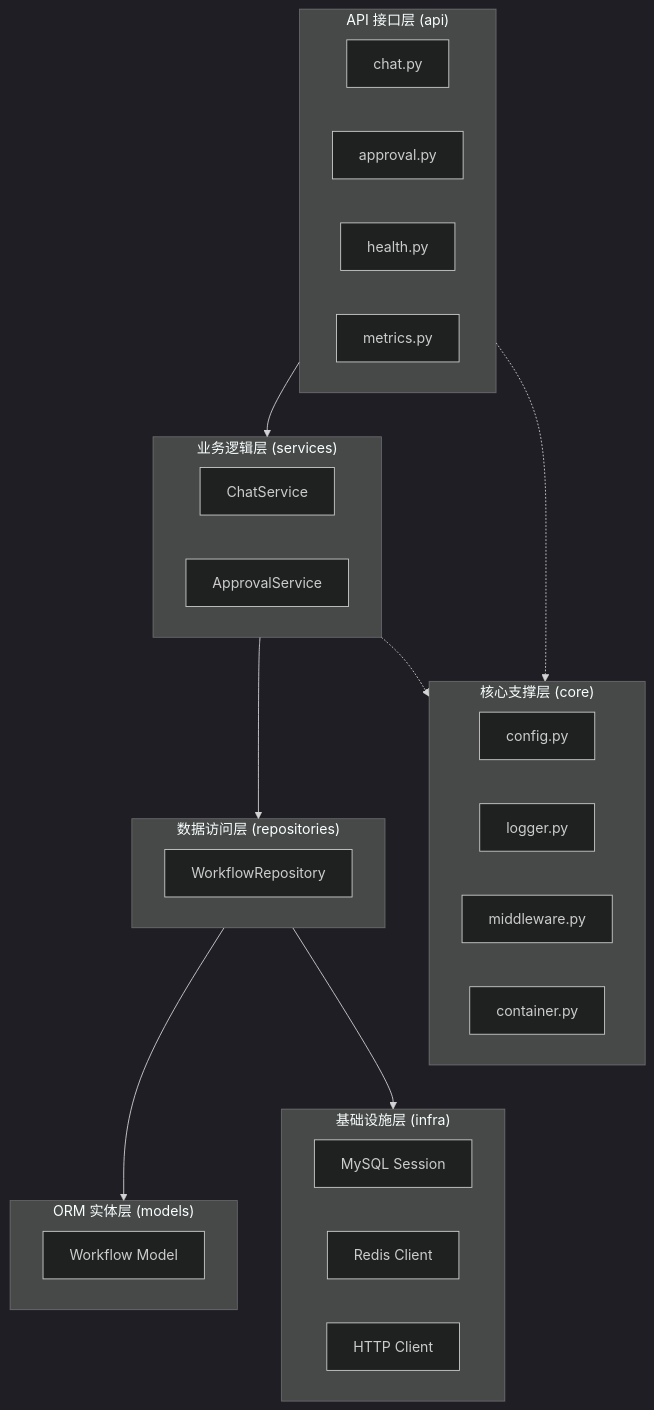
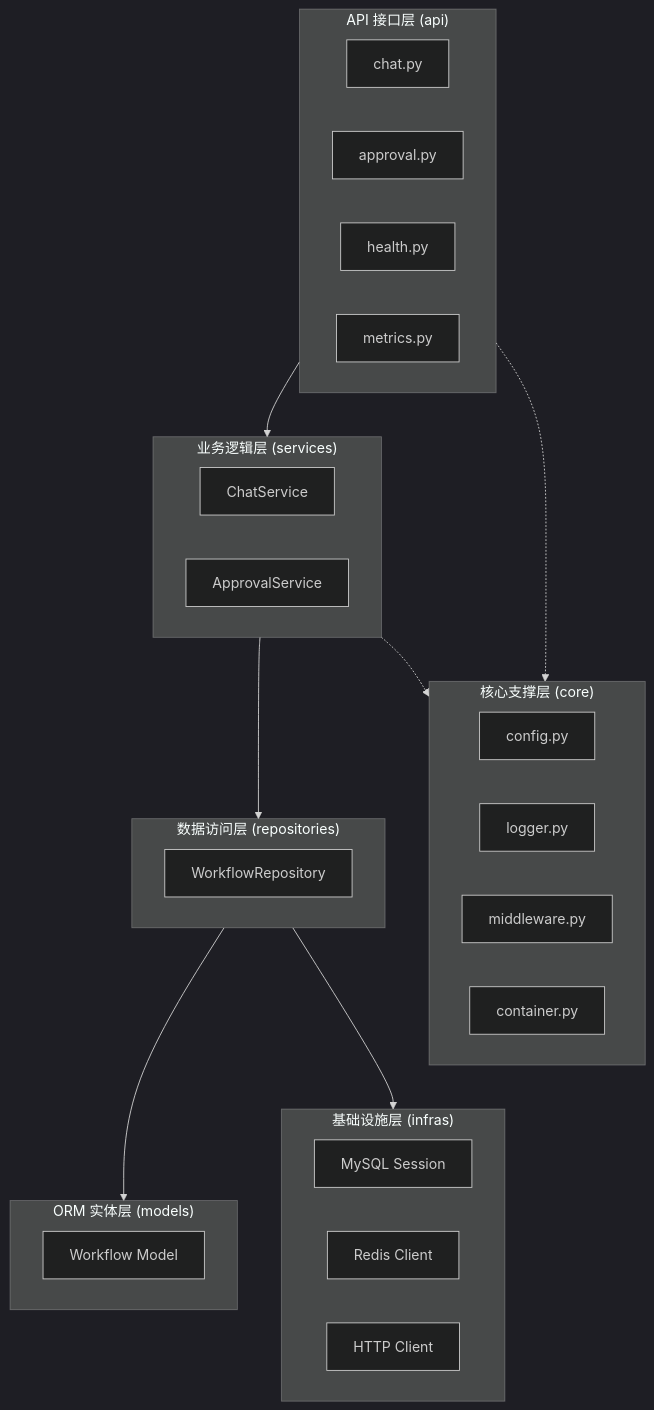
One commit to chain-engine/x-langgraph changed the first of 6 diagrams in README.md. Above: the diagram before and after it, drawn with Mermaid (dark theme). The commit also changed other lines of this file and 4 other files, not shown here.

Commit message:
feat: rename infra to infras

````diff
--- a/README.md
+++ b/README.md
@@ -215,42 +215,42 @@
 ```mermaid
 flowchart TD
     subgraph api_layer["API 接口层 (api)"]
         chat["chat.py"]
         approval["approval.py"]
         health["health.py"]
         metrics["metrics.py"]
     end
 
     subgraph service_layer["业务逻辑层 (services)"]
         chat_service["ChatService"]
         approval_service["ApprovalService"]
     end
 
     subgraph repo_layer["数据访问层 (repositories)"]
         workflow_repo["WorkflowRepository"]
     end
 
     subgraph model_layer["ORM 实体层 (models)"]
         workflow_model["Workflow Model"]
     end
 
-    subgraph infra_layer["基础设施层 (infra)"]
+    subgraph infra_layer["基础设施层 (infras)"]
         mysql["MySQL Session"]
         redis["Redis Client"]
         http["HTTP Client"]
     end
 
     subgraph core_layer["核心支撑层 (core)"]
         config["config.py"]
         logger["logger.py"]
         middleware["middleware.py"]
         container["container.py"]
     end
 
     api_layer --> service_layer
     service_layer --> repo_layer
     repo_layer --> model_layer
     repo_layer --> infra_layer
     service_layer -.-> core_layer
     api_layer -.-> core_layer
 ```
````
